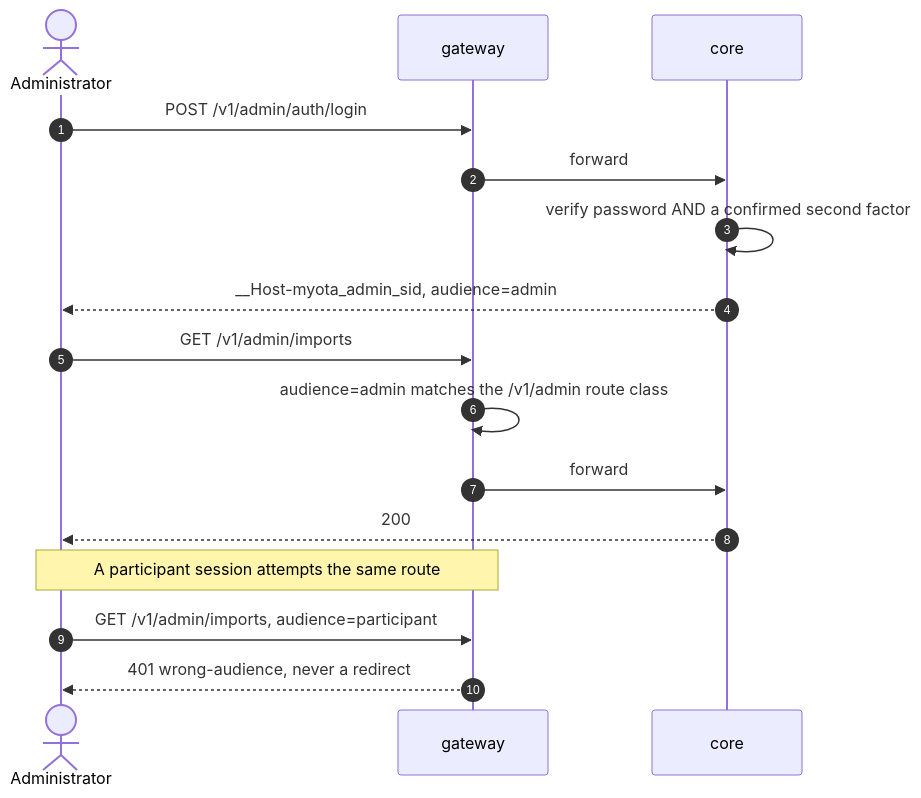
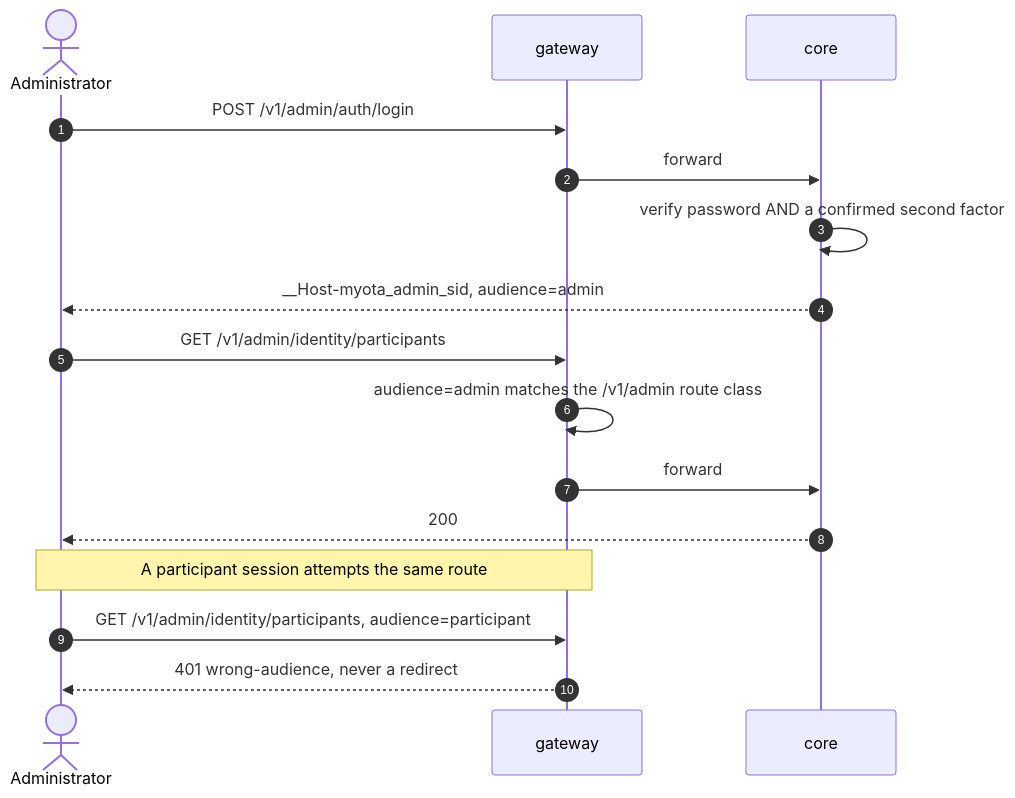
One commit to myota-platform/myota-new changed the diagram in docs/architecture/auth-model.md. Above: the diagram before and after it, drawn with Mermaid. The commit also changed other lines of this file and 4 other files, not shown here.

````diff
--- a/docs/architecture/auth-model.md
+++ b/docs/architecture/auth-model.md
@@ -54,21 +54,21 @@
 ```mermaid
 sequenceDiagram
     autonumber
     actor Op as Administrator
     participant Gate as gateway
     participant Core as core
 
     Op->>Gate: POST /v1/admin/auth/login
     Gate->>Core: forward
     Core->>Core: verify password AND a confirmed second factor
     Core-->>Op: __Host-myota_admin_sid, audience=admin
 
-    Op->>Gate: GET /v1/admin/imports
+    Op->>Gate: GET /v1/admin/identity/participants
     Gate->>Gate: audience=admin matches the /v1/admin route class
     Gate->>Core: forward
     Core-->>Op: 200
 
     Note over Op,Gate: A participant session attempts the same route
-    Op->>Gate: GET /v1/admin/imports, audience=participant
+    Op->>Gate: GET /v1/admin/identity/participants, audience=participant
     Gate-->>Op: 401 wrong-audience, never a redirect
 ```
````
